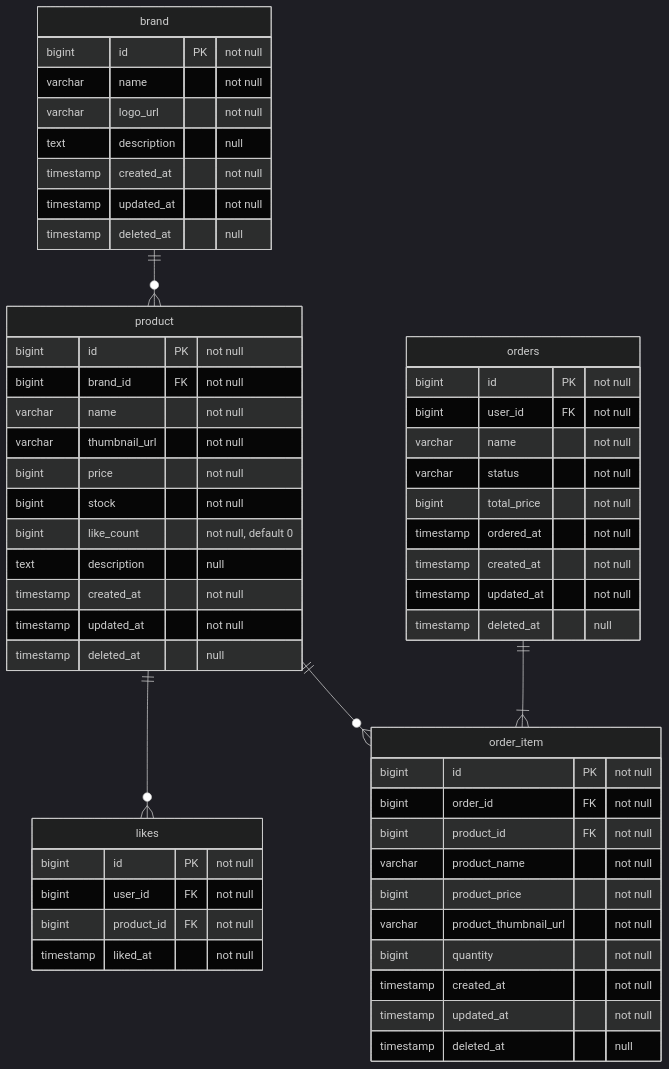
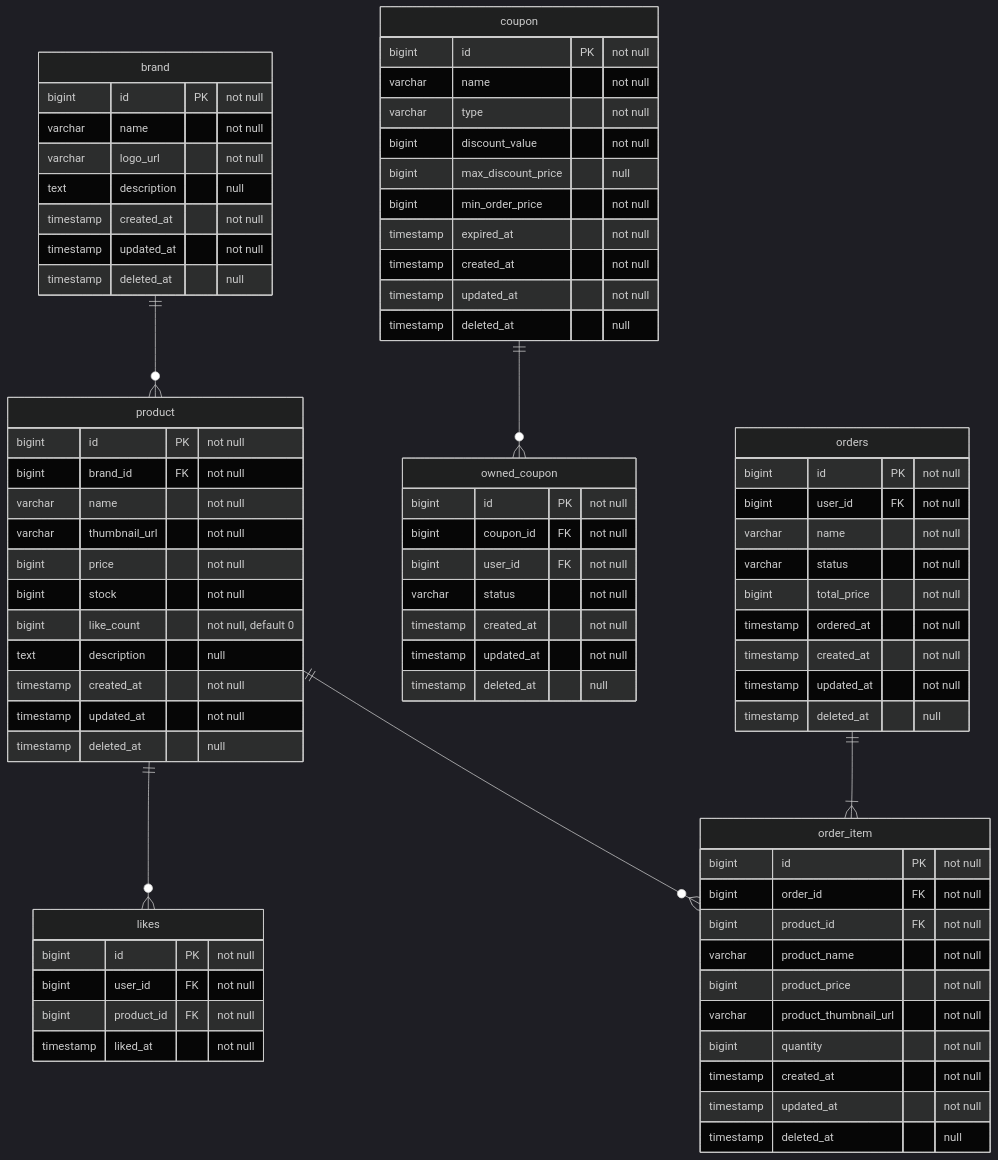
Before and after one commit to Loopers-dev-lab/loop-pack-be-l2-vol3-java: the diagram in .docs/design/04-erd.md, drawn with Mermaid (dark theme). The commit also changed other lines of this file and 4 other files, not shown here.

````diff
--- a/.docs/design/04-erd.md
+++ b/.docs/design/04-erd.md
@@ -50,6 +50,29 @@
         timestamp liked_at "not null"
     }
     
+    coupon {
+        bigint id PK "not null"
+        varchar name "not null"
+        varchar type "not null"
+        bigint discount_value "not null"
+        bigint max_discount_price "null"
+        bigint min_order_price "not null"
+        timestamp expired_at "not null"
+        timestamp created_at "not null"
+        timestamp updated_at "not null"
+        timestamp deleted_at "null"
+    }
+
+    owned_coupon {
+        bigint id PK "not null"
+        bigint coupon_id FK "not null"
+        bigint user_id FK "not null"
+        varchar status "not null"
+        timestamp created_at "not null"
+        timestamp updated_at "not null"
+        timestamp deleted_at "null"
+    }
+
     orders {
         bigint id PK "not null"
         bigint user_id FK "not null"
@@ -79,4 +102,5 @@
     product ||--o{ likes: ""
     product ||--o{ order_item: ""
     orders ||--|{ order_item: ""
+    coupon ||--o{ owned_coupon: ""
 ```
````
